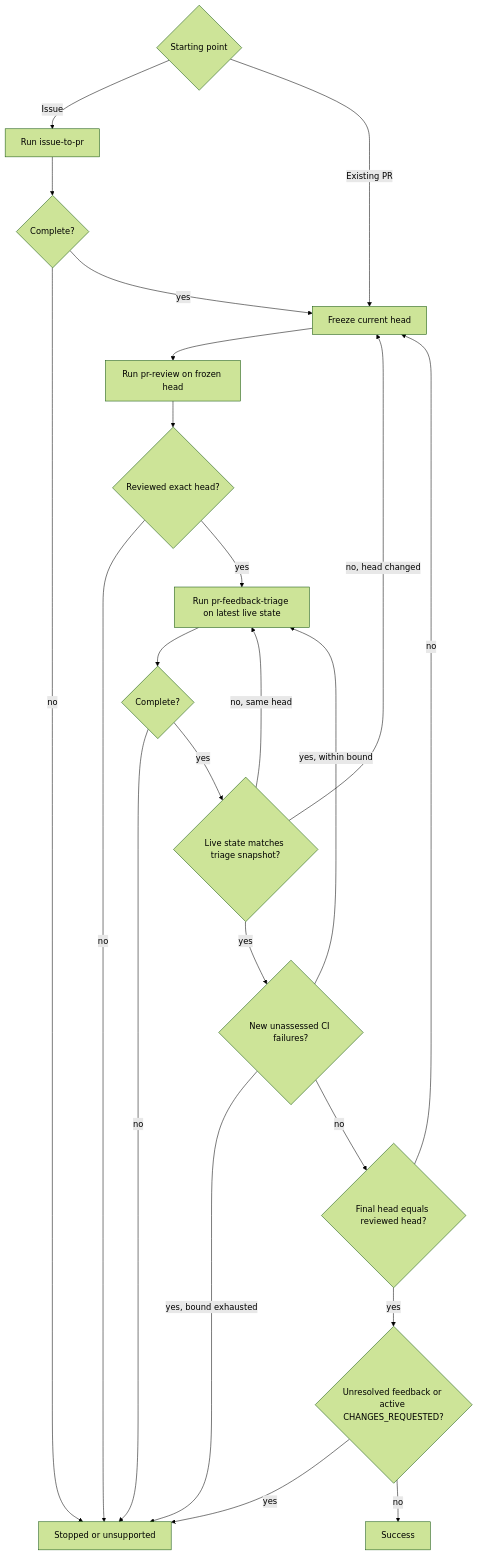
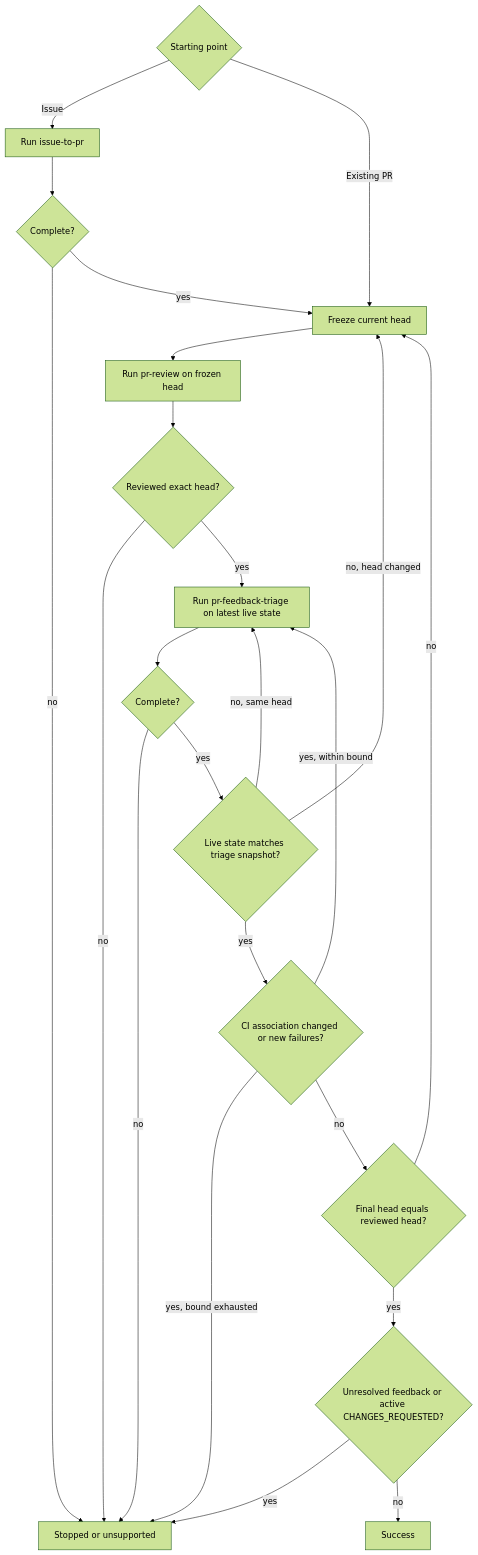
Before and after one commit to dceoy/pr-loop: the diagram in skills/pr-loop/SKILL.md, drawn with Mermaid (forest theme). The commit also changed other lines of this file and 1 other file, not shown here.

````diff
--- a/skills/pr-loop/SKILL.md
+++ b/skills/pr-loop/SKILL.md
@@ -36,25 +37,25 @@
 ```mermaid
 flowchart TD
   S{Starting point} -->|Issue| I[Run issue-to-pr]
   S -->|Existing PR| A[Freeze current head]
   I --> J{Complete?}
   J -->|no| X[Stopped or unsupported]
   J -->|yes| A
   A --> B[Run pr-review on frozen head]
   B --> C{Reviewed exact head?}
   C -->|no| X
   C -->|yes| D[Run pr-feedback-triage on latest live state]
   D --> E{Complete?}
   E -->|no| X
   E -->|yes| F{Live state matches triage snapshot?}
   F -->|no, same head| D
   F -->|no, head changed| A
-  F -->|yes| K{New unassessed CI failures?}
+  F -->|yes| K{CI association changed or new failures?}
   K -->|yes, within bound| D
   K -->|yes, bound exhausted| X
   K -->|no| G{Final head equals reviewed head?}
   G -->|no| A
   G -->|yes| H{Unresolved feedback or active CHANGES_REQUESTED?}
   H -->|yes| X
   H -->|no| Y[Success]
 ```
````
